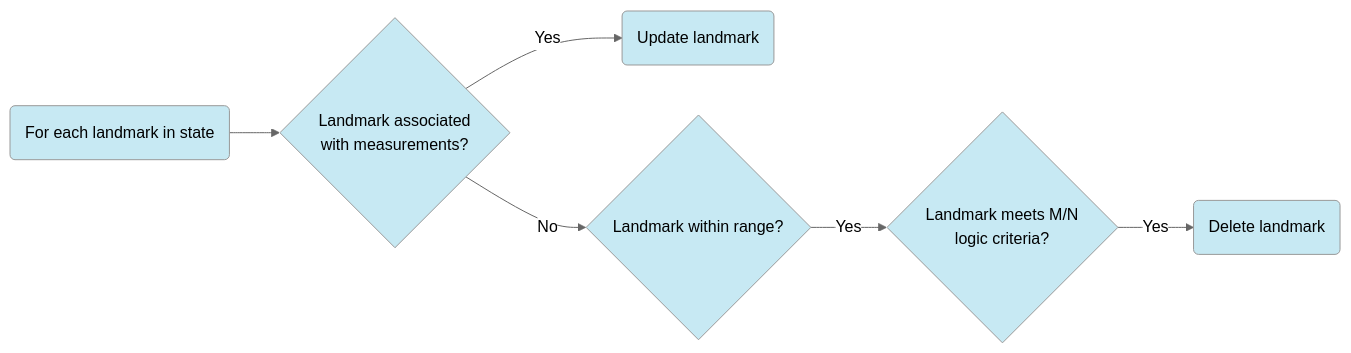
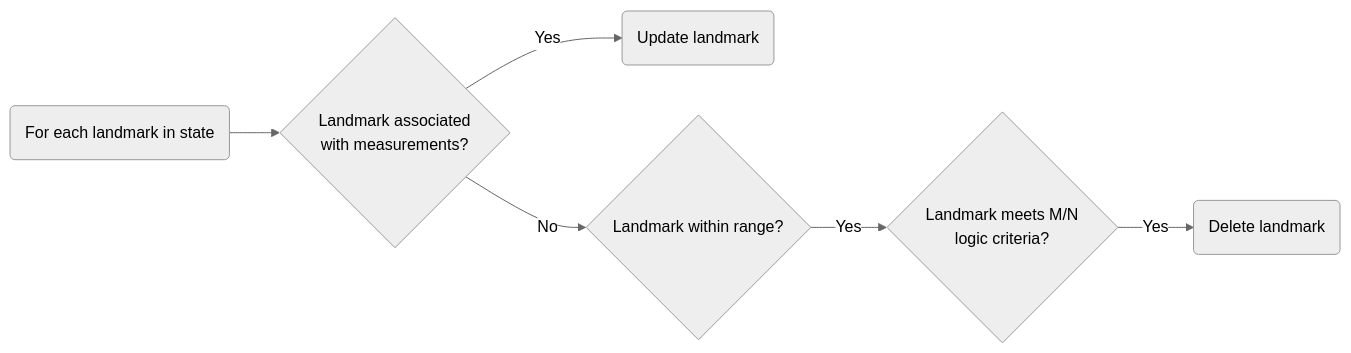
Before and after one commit to beteje/beteje.github.io: the third of 6 diagrams in _projects/radarslam.md, drawn with Mermaid (neutral theme). The commit also changed other lines of this file and 5 other files, not shown here.

Commit message:
Fixed update issues with Mermaid

```diff
--- a/_projects/radarslam.md
+++ b/_projects/radarslam.md
@@ -87,12 +85,9 @@
-    {% mermaid %}
+    <pre class="mermaid">
       graph LR
         D1(For each landmark in state)
         D1 --> D2{Landmark associated<br/> with measurements?}
         D2 --"Yes"--> D3(Update landmark)
         D2 --"No"--> D4{Landmark within range?}
         D4 --"Yes"--> D5{Landmark meets M/N<br/> logic criteria?}
         D5 --"Yes"--> D6(Delete landmark)
-
-        classDef myGraph fill:#c7e9f3;
-        class D1,D2,D3,D4,D5,D6 myGraph
-    {% endmermaid %}
+    </pre>
```
